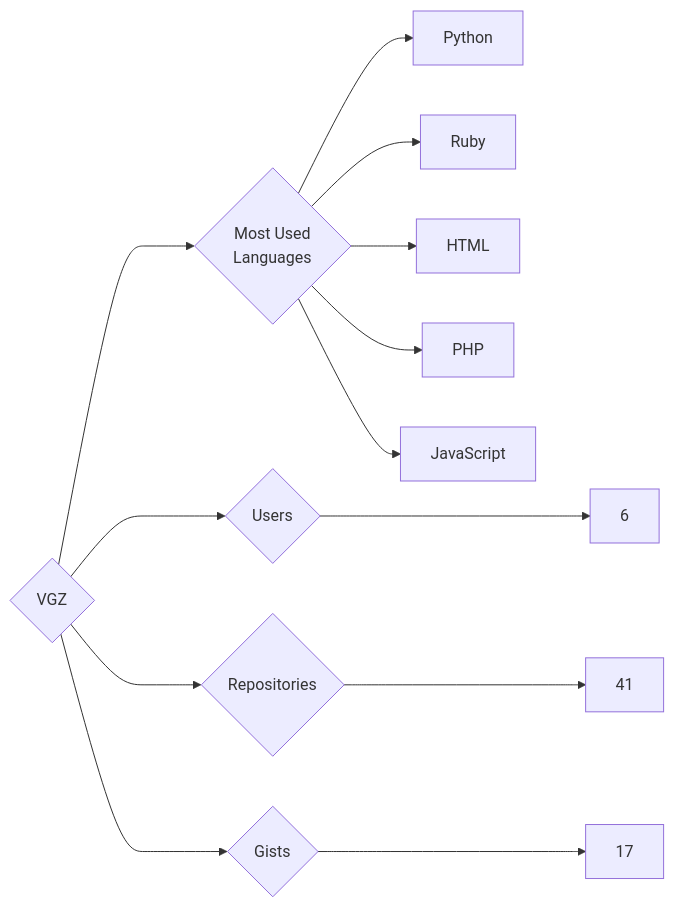
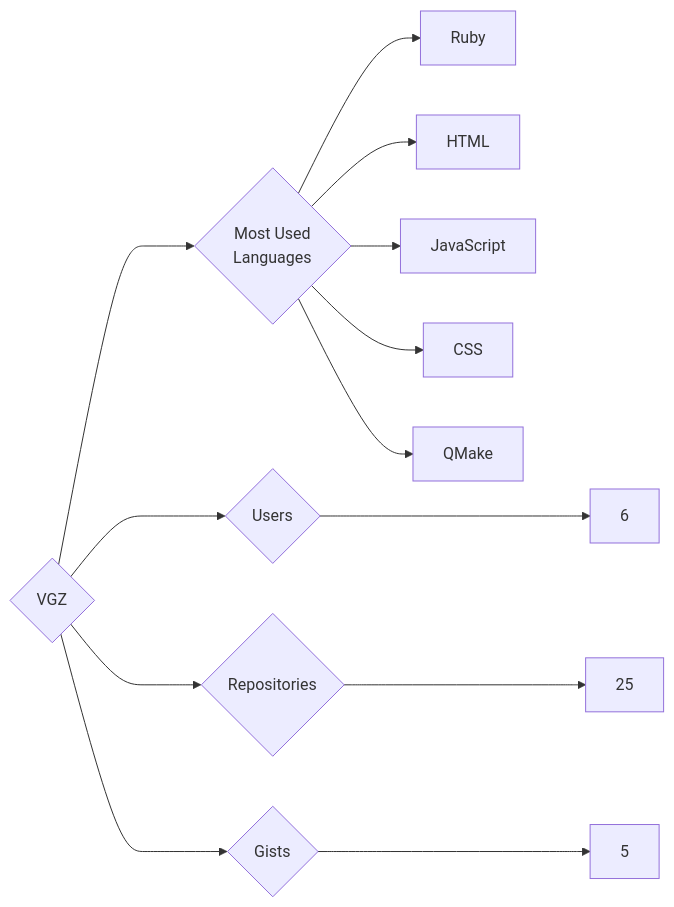
Before and after one commit to trickest/insiders: the diagram in targets/VGZ/README.md, drawn with Mermaid. The commit also changed 953 other files, not shown here.

````diff
--- a/targets/VGZ/README.md
+++ b/targets/VGZ/README.md
@@ -3,13 +3,13 @@
 ```mermaid
 graph LR
 COMPANY_NAME{VGZ}
 COMPANY_NAME ---> U{Users} ---> UN[6]
-COMPANY_NAME ---> R{Repositories} ---> RN[41]
-COMPANY_NAME ---> G{Gists} ---> GN[17]
+COMPANY_NAME ---> R{Repositories} ---> RN[25]
+COMPANY_NAME ---> G{Gists} ---> GN[5]
 COMPANY_NAME ---> ML{Most Used<br>Languages}
-ML --> Python[Python]
 ML --> Ruby[Ruby]
 ML --> HTML[HTML]
-ML --> PHP[PHP]
 ML --> JavaScript[JavaScript]
+ML --> CSS[CSS]
+ML --> QMake[QMake]
 ```
````
